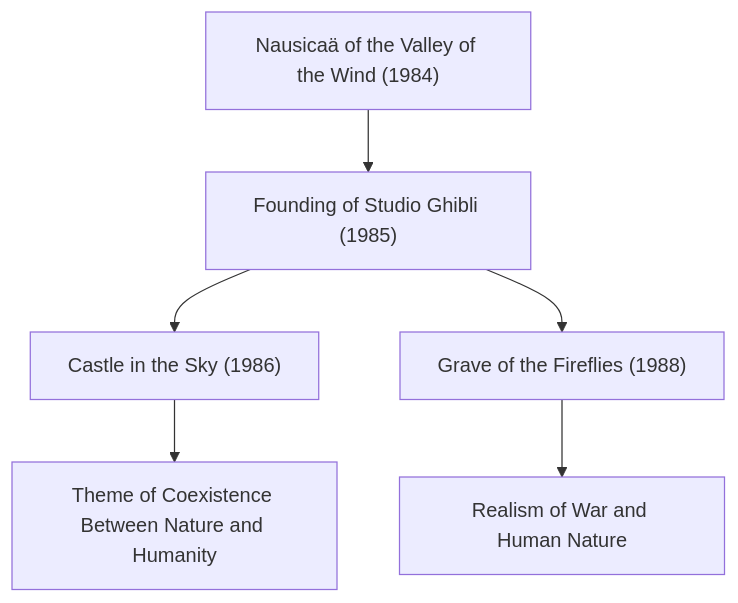
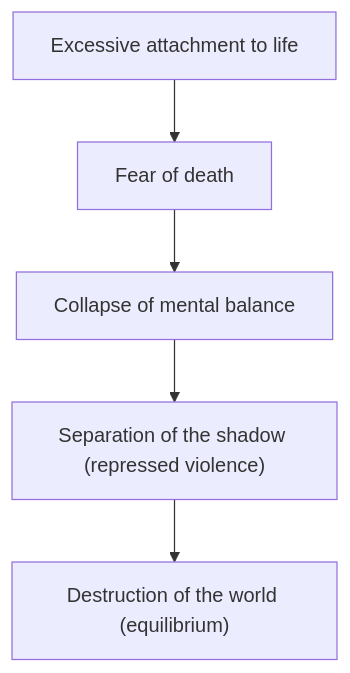
One commit to kenjinote/blog changed the eighth of 10 diagrams in content/post/studio-ghibli-movies-complete-guide/index.en.md. Above: the diagram before and after it, drawn with Mermaid. The commit also changed other lines of this file and 30 other files, not shown here.

Commit message:
feat: Update studio ghibli movies complete guide with 12 languages

````diff
--- a/content/post/studio-ghibli-movies-complete-guide/index.en.md
+++ b/content/post/studio-ghibli-movies-complete-guide/index.en.md
@@ -25,8 +464,7 @@
 ```mermaid
 graph TD
-  A["Nausicaä of the Valley of the Wind (1984)"] --> B["Founding of Studio Ghibli (1985)"]
-  B --> C["Castle in the Sky (1986)"]
-  B --> D["Grave of the Fireflies (1988)"]
-  C --> E["Theme of Coexistence Between Nature and Humanity"]
-  D --> F["Realism of War and Human Nature"]
+    A["Excessive attachment to life"] --> B["Fear of death"]
+    B --> C["Collapse of mental balance"]
+    C --> D["Separation of the shadow (repressed violence)"]
+    D --> E["Destruction of the world (equilibrium)"]
 ```
````
